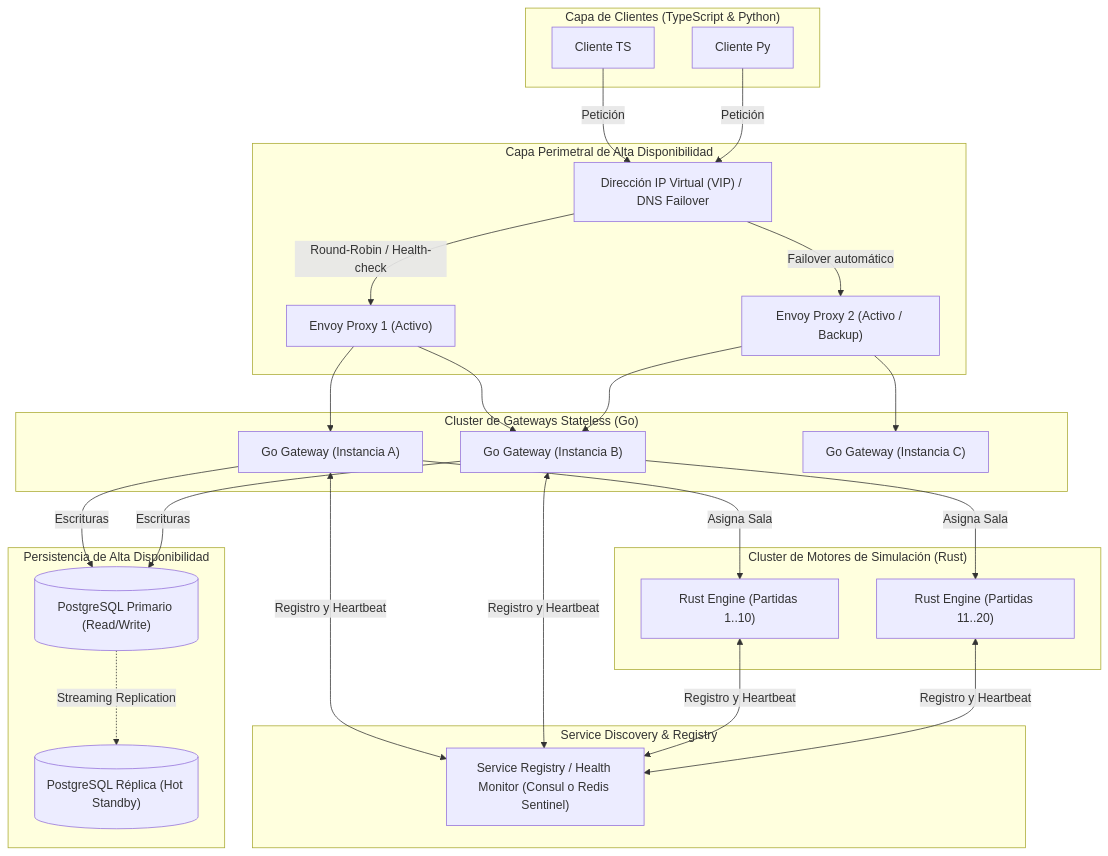
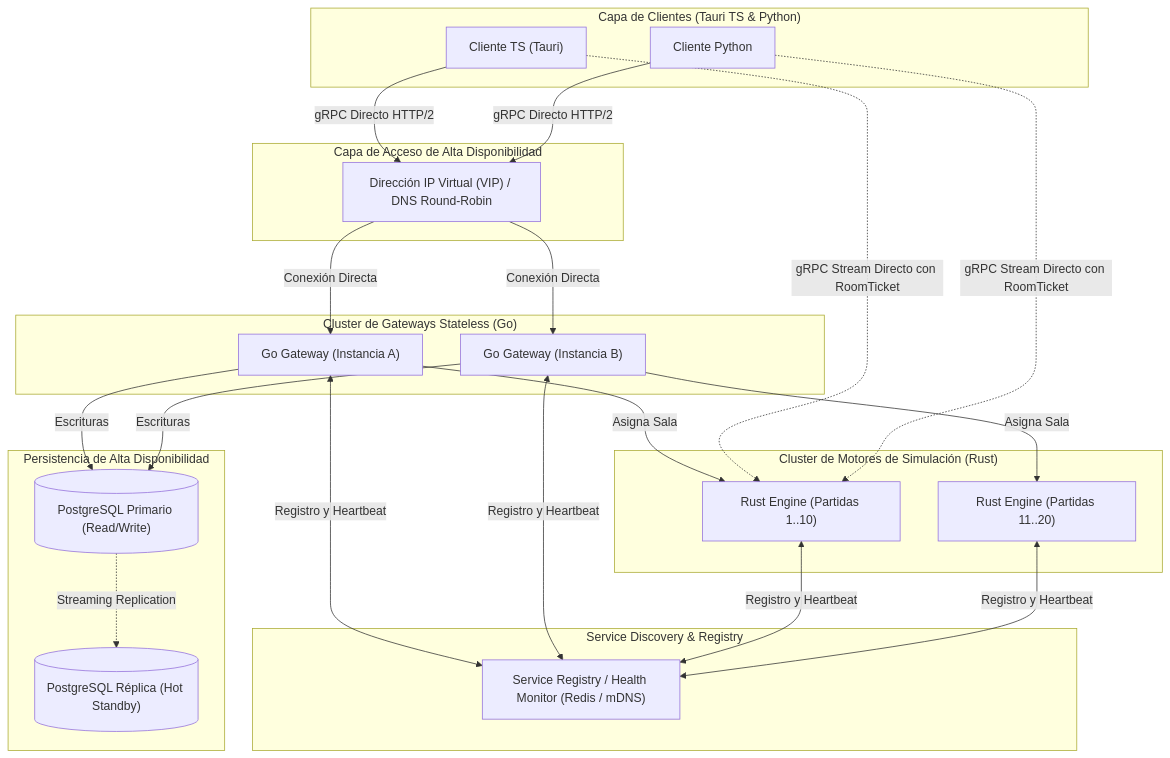
Before and after one commit to emiliofalconi/ecostream-3r: the first of 3 diagrams in docs/ARQUITECTURA_Y_PLANIFICACION.md, drawn with Mermaid. The commit also changed other lines of this file and 1 other file, not shown here.

Commit message:
docs: remover Envoy Proxy y simplificar a gRPC directo con Client-Side Load Balancing

````diff
--- a/docs/ARQUITECTURA_Y_PLANIFICACION.md
+++ b/docs/ARQUITECTURA_Y_PLANIFICACION.md
@@ -34,55 +34,50 @@
 ```mermaid
 flowchart TD
-    subgraph Clients["Capa de Clientes (TypeScript & Python)"]
-        C1["Cliente TS"]
-        C2["Cliente Py"]
+    subgraph Clients["Capa de Clientes (Tauri TS & Python)"]
+        C1["Cliente TS (Tauri)"]
+        C2["Cliente Python"]
     end
 
-    subgraph EdgeLayer["Capa Perimetral de Alta Disponibilidad"]
-        VIP["Dirección IP Virtual (VIP) / DNS Failover"]
-        Proxy1["Envoy Proxy 1 (Activo)"]
-        Proxy2["Envoy Proxy 2 (Activo / Backup)"]
+    subgraph EdgeLayer["Capa de Acceso de Alta Disponibilidad"]
+        VIP["Dirección IP Virtual (VIP) / DNS Round-Robin"]
     end
 
     subgraph GatewayCluster["Cluster de Gateways Stateless (Go)"]
         GW1["Go Gateway (Instancia A)"]
         GW2["Go Gateway (Instancia B)"]
-        GW3["Go Gateway (Instancia C)"]
     end
 
     subgraph ServiceMesh["Service Discovery & Registry"]
-        Consul["Service Registry / Health Monitor (Consul o Redis Sentinel)"]
+        Consul["Service Registry / Health Monitor (Redis / mDNS)"]
     end
 
     subgraph EngineCluster["Cluster de Motores de Simulación (Rust)"]
         RE1["Rust Engine (Partidas 1..10)"]
         RE2["Rust Engine (Partidas 11..20)"]
     end
 
     subgraph DBCluster["Persistencia de Alta Disponibilidad"]
         PGPrimary[("PostgreSQL Primario (Read/Write)")]
         PGStandby[("PostgreSQL Réplica (Hot Standby)")]
     end
 
-    C1 -->|Petición| VIP
-    C2 -->|Petición| VIP
-    VIP -->|Round-Robin / Health-check| Proxy1
-    VIP -->|Failover automático| Proxy2
-
-    Proxy1 --> GW1
-    Proxy1 --> GW2
-    Proxy2 --> GW2
-    Proxy2 --> GW3
+    C1 -->|gRPC Directo HTTP/2| VIP
+    C2 -->|gRPC Directo HTTP/2| VIP
+    VIP -->|Conexión Directa| GW1
+    VIP -->|Conexión Directa| GW2
 
     GW1 <-->|Registro y Heartbeat| Consul
     GW2 <-->|Registro y Heartbeat| Consul
     RE1 <-->|Registro y Heartbeat| Consul
     RE2 <-->|Registro y Heartbeat| Consul
 
     GW1 -->|Asigna Sala| RE1
     GW2 -->|Asigna Sala| RE2
 
+    C1 -.->|gRPC Stream Directo con RoomTicket| RE1
+    C2 -.->|gRPC Stream Directo con RoomTicket| RE1
+
     GW1 -->|Escrituras| PGPrimary
     GW2 -->|Escrituras| PGPrimary
     PGPrimary -.->|Streaming Replication| PGStandby
 ```
````
